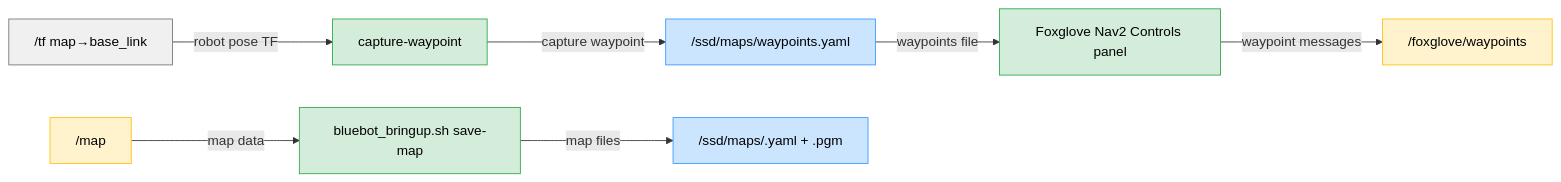
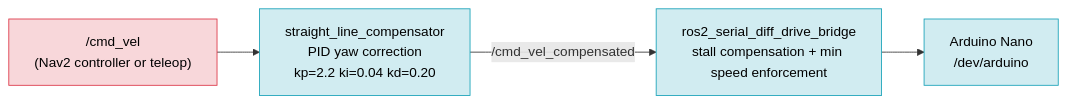
One commit to NinjaGirlGmr/bluebot changed the fourth of 4 diagrams in scripts/ROS2_STACK_FLOW.md. Above: the diagram before and after it, drawn with Mermaid. The commit also changed other lines of this file and 2 other files, not shown here.

Commit message:
updated stack diagrams

````diff
--- a/scripts/ROS2_STACK_FLOW.md
+++ b/scripts/ROS2_STACK_FLOW.md
@@ -329,31 +156,12 @@
 ```mermaid
 flowchart LR
-%% ---------- STYLE DEFINITIONS ----------
-classDef tf fill:#f0f0f0,stroke:#6c757d,stroke-width:1px,color:#000;
-classDef capture fill:#d4edda,stroke:#28a745,stroke-width:1px,color:#000;
-classDef fileops fill:#cce5ff,stroke:#3399ff,stroke-width:1px,color:#000;
-classDef topics fill:#fff3cd,stroke:#ffc107,stroke-width:1px,color:#000;
+classDef nav2 fill:#f8d7da,stroke:#dc3545,stroke-width:1px,color:#000;
+classDef motion fill:#d1ecf1,stroke:#17a2b8,stroke-width:1px,color:#000;
 
-%% ---------- TF ----------
-TF["/tf map→base_link"]:::tf
+Nav2["/cmd_vel\n(Nav2 controller or teleop)"]:::nav2
+Comp["straight_line_compensator\nPID yaw correction\nkp=2.2 ki=0.04 kd=0.20"]:::motion
+Bridge["ros2_serial_diff_drive_bridge\nstall compensation + min speed enforcement"]:::motion
+Arduino["Arduino Nano\n/dev/arduino"]:::motion
 
-%% ---------- WAYPOINT CAPTURE ----------
-Capture["capture-waypoint"]:::capture
-YAML["/ssd/maps/waypoints.yaml"]:::fileops
-Send["Foxglove Nav2 Controls panel"]:::capture
-PoseArray["/foxglove/waypoints"]:::topics
-
-%% ---------- MAP SAVE ----------
-Map["/map"]:::topics
-SaveMap["bluebot_bringup.sh save-map"]:::capture
-MapFiles["/ssd/maps/<name>.yaml + .pgm"]:::fileops
-
-%% ---------- DATA FLOW ----------
-TF -->|robot pose TF| Capture
-Capture -->|capture waypoint| YAML
-YAML -->|waypoints file| Send
-Send -->|waypoint messages| PoseArray
-
-Map -->|map data| SaveMap
-SaveMap -->|map files| MapFiles
+Nav2 --> Comp -->|/cmd_vel_compensated| Bridge --> Arduino
 ```
````
